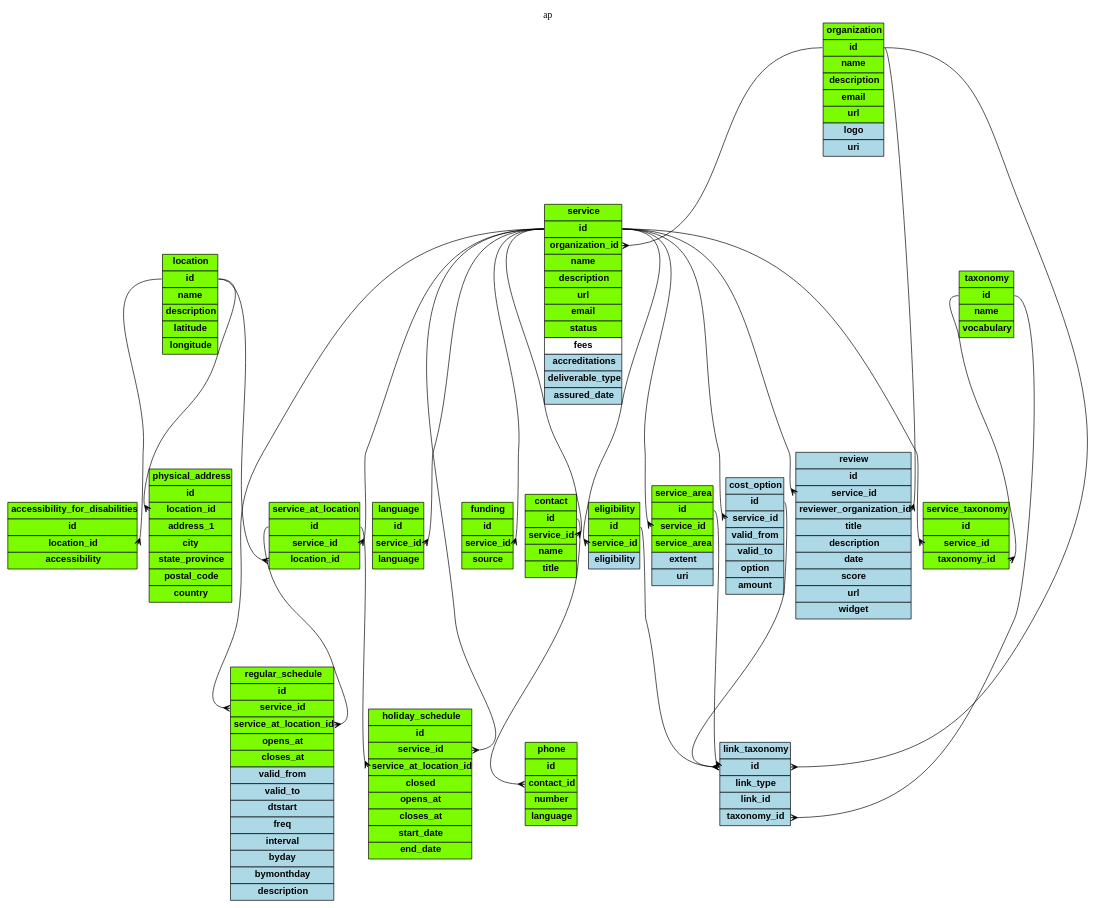
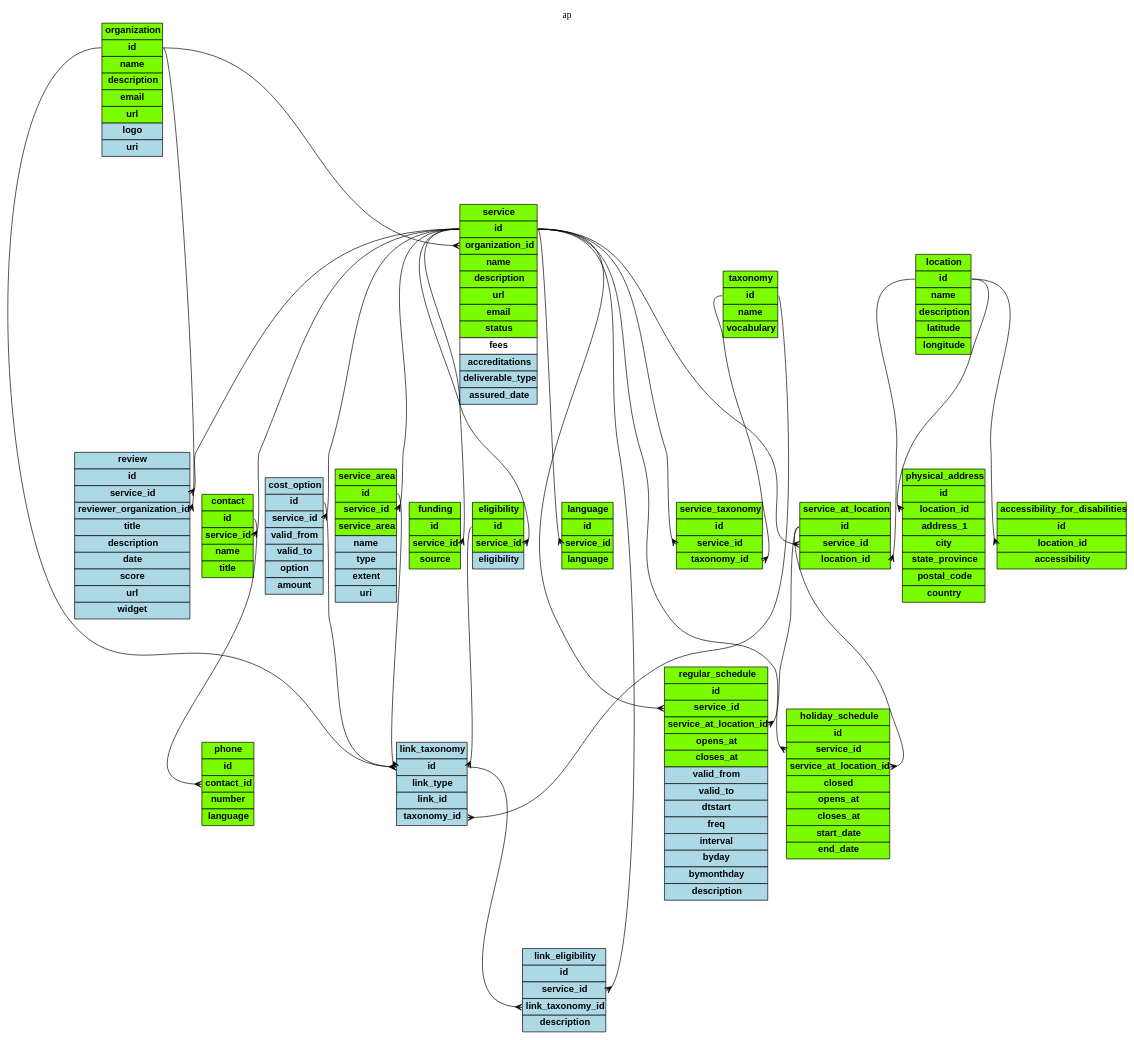
The diagram in Schemas/ap.gv (OpenReferralUK/human-services), drawn with Graphviz before and after one commit. The commit also changed 30 other files, not shown here.

```diff
--- a/Schemas/ap.gv
+++ b/Schemas/ap.gv
@@ -198,6 +198,8 @@
 <tr><td port='id'  bgcolor="lawngreen"><b>id</b></td></tr>
 <tr><td port='service_id'  bgcolor="lawngreen"><b>service_id</b></td></tr>
 <tr><td  bgcolor="lawngreen"><b>service_area</b></td></tr>
+<tr><td  bgcolor="lightblue"><b>name</b></td></tr>
+<tr><td  bgcolor="lightblue"><b>type</b></td></tr>
 <tr><td  bgcolor="lightblue"><b>extent</b></td></tr>
 <tr><td  bgcolor="lightblue"><b>uri</b></td></tr>
 </table>
@@ -239,6 +241,20 @@
 </table>
 >]
 
+
+
+link_eligibility [label=<
+<table border="0" cellborder="1" cellspacing="0" cellpadding="4">
+<tr><td bgcolor="lightblue"><b>link_eligibility</b></td></tr>
+<tr><td port='id'  bgcolor="lightblue"><b>id</b></td></tr>
+<tr><td port='service_id'  bgcolor="lightblue"><b>service_id</b></td></tr>
+<tr><td port='link_taxonomy_id'  bgcolor="lightblue"><b>link_taxonomy_id</b></td></tr>
+<tr><td  bgcolor="lightblue"><b>description</b></td></tr>
+</table>
+>]
+
+service:id -> link_eligibility:service_id;
+link_taxonomy:id -> link_eligibility:link_taxonomy_id;
 
 
 cost_option [label=<
```
